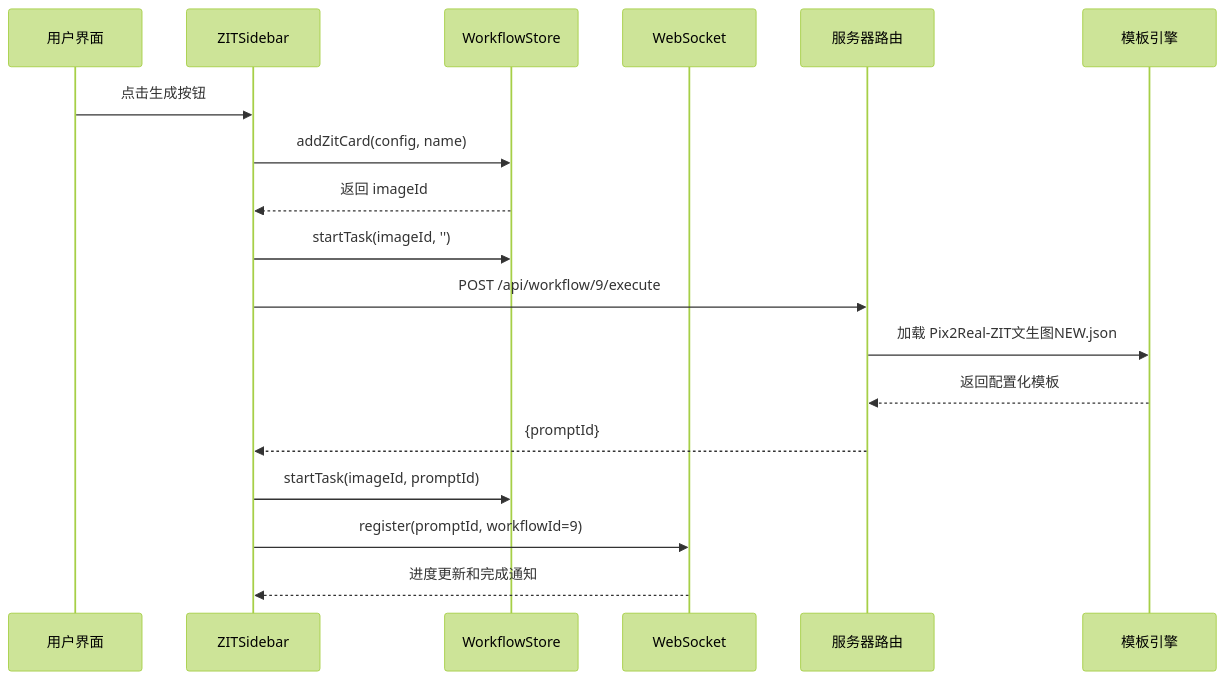
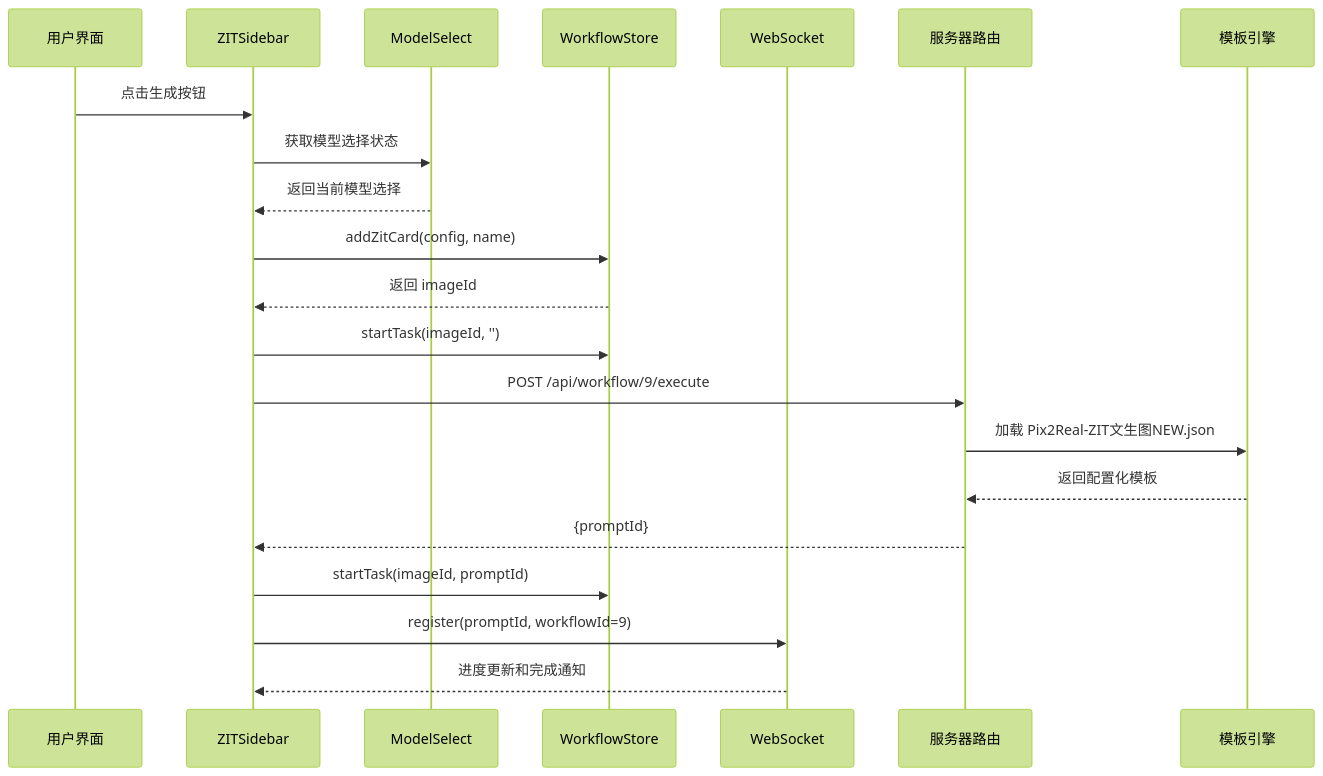
One commit to billye220670/CorineKit_Pix2Real changed the second of 8 diagrams in .qoder/repowiki/zh/content/用户界面组件/控制面板组件/ZIT快出侧边栏.md. Above: the diagram before and after it, drawn with Mermaid (forest theme). The commit also changed other lines of this file and 54 other files, not shown here.

First line of the commit message:
feat: 模型下拉菜单元数据管理（缩略图+重命名）及session mask恢复优化

````diff
--- a/.qoder/repowiki/zh/content/用户界面组件/控制面板组件/ZIT快出侧边栏.md
+++ b/.qoder/repowiki/zh/content/用户界面组件/控制面板组件/ZIT快出侧边栏.md
@@ -109,20 +130,23 @@
 ```mermaid
 sequenceDiagram
 participant U as 用户界面
 participant Z as ZITSidebar
+participant MS as ModelSelect
 participant W as WorkflowStore
 participant S as WebSocket
 participant R as 服务器路由
 participant T as 模板引擎
 U->>Z : 点击生成按钮
+Z->>MS : 获取模型选择状态
+MS-->>Z : 返回当前模型选择
 Z->>W : addZitCard(config, name)
 W-->>Z : 返回 imageId
 Z->>W : startTask(imageId, '')
 Z->>R : POST /api/workflow/9/execute
 R->>T : 加载 Pix2Real-ZIT文生图NEW.json
 T-->>R : 返回配置化模板
 R-->>Z : {promptId}
 Z->>W : startTask(imageId, promptId)
 Z->>S : register(promptId, workflowId=9)
 S-->>Z : 进度更新和完成通知
 ```
````
